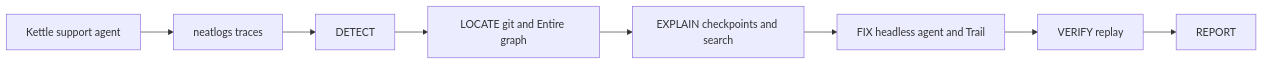
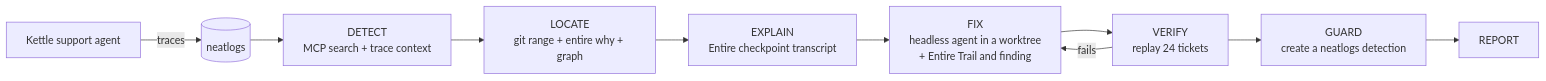
Before and after one commit to bruce249/rootline: the diagram in README.md, drawn with Mermaid. The commit also changed other lines of this file and 2 other files, not shown here.

````diff
--- a/README.md
+++ b/README.md
@@ -7,10 +9,12 @@
 ```mermaid
 flowchart LR
-  patient[Kettle support agent] --> neatlogs[neatlogs traces]
-  neatlogs --> detect[DETECT]
-  detect --> locate[LOCATE git and Entire graph]
-  locate --> explain[EXPLAIN checkpoints and search]
-  explain --> fix[FIX headless agent and Trail]
-  fix --> verify[VERIFY replay]
-  verify --> report[REPORT]
+  patient[Kettle support agent] -->|traces| neatlogs[(neatlogs)]
+  neatlogs --> detect[DETECT<br/>MCP search + trace context]
+  detect --> locate[LOCATE<br/>git range + entire why + graph]
+  locate --> explain[EXPLAIN<br/>Entire checkpoint transcript]
+  explain --> fix[FIX<br/>headless agent in a worktree<br/>+ Entire Trail and finding]
+  fix --> verify[VERIFY<br/>replay 24 tickets]
+  verify -->|fails| fix
+  verify --> guard[GUARD<br/>create a neatlogs detection]
+  guard --> report[REPORT]
 ```
````
